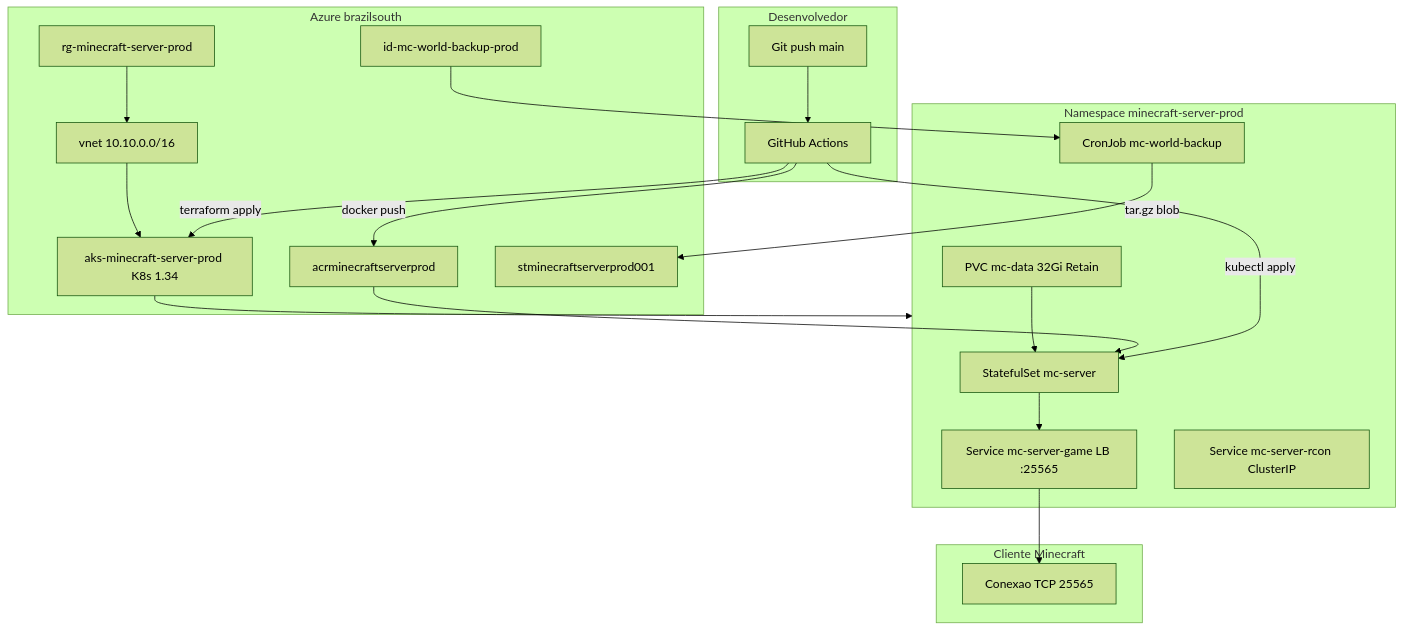
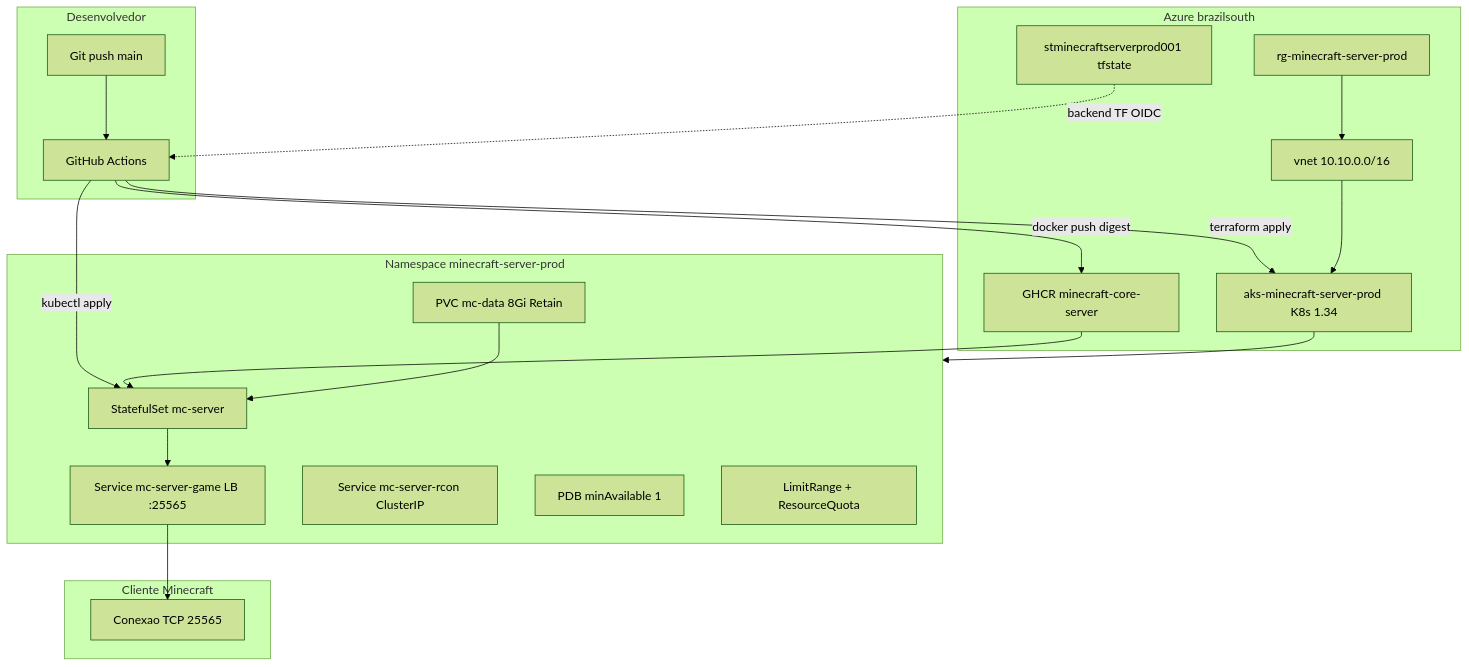
The first of 2 diagrams in docs/architecture.md (victorh-silveira/minecraft-core-server), drawn with Mermaid (forest theme) before and after one commit. The commit also changed other lines of this file and 69 other files, not shown here.

````diff
--- a/docs/architecture.md
+++ b/docs/architecture.md
@@ -7,38 +7,37 @@
 ```mermaid
 flowchart TB
   subgraph dev [Desenvolvedor]
     git[Git push main]
     gh[GitHub Actions]
   end
   subgraph azure [Azure brazilsouth]
     rg[rg-minecraft-server-prod]
     vnet[vnet 10.10.0.0/16]
     aks[aks-minecraft-server-prod K8s 1.34]
-    acr[acrminecraftserverprod]
-    st[stminecraftserverprod001]
-    id[id-mc-world-backup-prod]
+    st[stminecraftserverprod001 tfstate]
+    ghcr[GHCR minecraft-core-server]
   end
   subgraph k8s [Namespace minecraft-server-prod]
     sts[StatefulSet mc-server]
-    pvc[PVC mc-data 32Gi Retain]
+    pvc[PVC mc-data 8Gi Retain]
     svcLB[Service mc-server-game LB :25565]
     svcRCON[Service mc-server-rcon ClusterIP]
-    cron[CronJob mc-world-backup]
+    pdb[PDB minAvailable 1]
+    quota[LimitRange + ResourceQuota]
   end
   subgraph jogador [Cliente Minecraft]
     client[Conexao TCP 25565]
   end
   git --> gh
   gh -->|terraform apply| aks
-  gh -->|docker push| acr
+  gh -->|docker push digest| ghcr
   gh -->|kubectl apply| sts
-  acr --> sts
+  ghcr --> sts
   pvc --> sts
   sts --> svcLB
   svcLB --> client
-  cron -->|tar.gz blob| st
-  id --> cron
   aks --> k8s
   rg --> vnet
   vnet --> aks
+  st -.->|backend TF OIDC| gh
 ```
````
